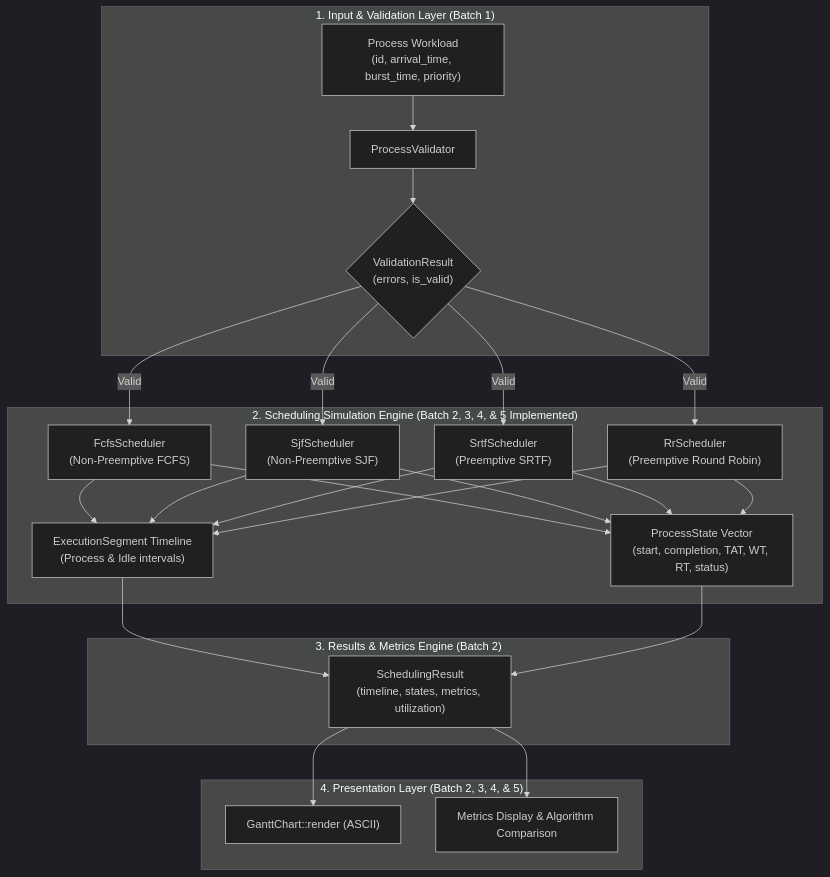
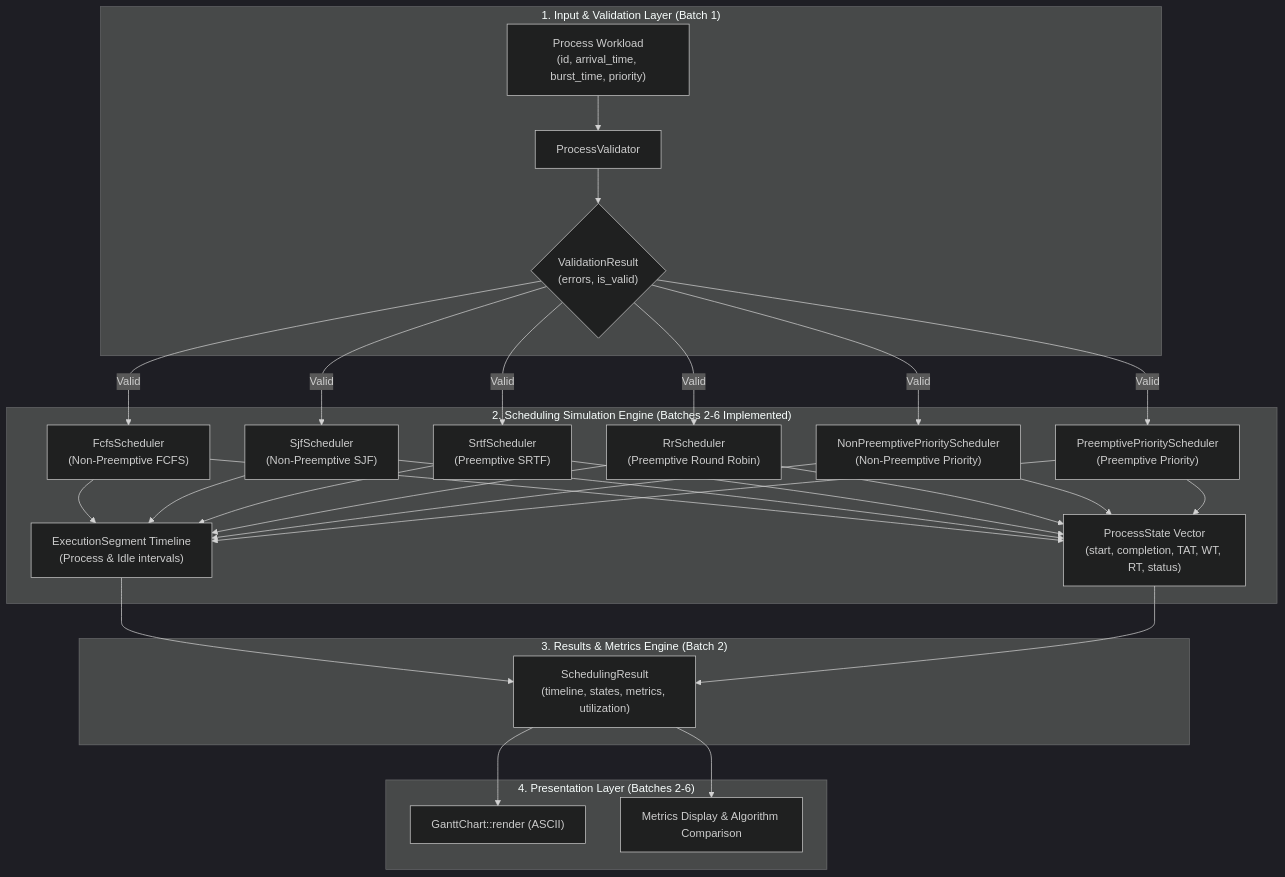
Before and after one commit to ThunderSkull7/cpu-scheduling-simulator: the diagram in docs/ARCHITECTURE.md, drawn with Mermaid (dark theme). The commit also changed other lines of this file and 8 other files, not shown here.

Commit message:
feat: implement preemptive and non-preemptive priority scheduling

````diff
--- a/docs/ARCHITECTURE.md
+++ b/docs/ARCHITECTURE.md
@@ -16,25 +16,27 @@
 ```mermaid
 flowchart TD
     subgraph InputLayer["1. Input & Validation Layer (Batch 1)"]
         RawWorkload["Process Workload\n(id, arrival_time, burst_time, priority)"] --> Validator["ProcessValidator"]
         Validator --> ValidationResult{"ValidationResult\n(errors, is_valid)"}
     end
 
-    subgraph SimulationLayer["2. Scheduling Simulation Engine (Batch 2, 3, 4, & 5 Implemented)"]
+    subgraph SimulationLayer["2. Scheduling Simulation Engine (Batches 2-6 Implemented)"]
         ValidationResult -->|Valid| Fcfs["FcfsScheduler\n(Non-Preemptive FCFS)"]
         ValidationResult -->|Valid| Sjf["SjfScheduler\n(Non-Preemptive SJF)"]
         ValidationResult -->|Valid| Srtf["SrtfScheduler\n(Preemptive SRTF)"]
         ValidationResult -->|Valid| Rr["RrScheduler\n(Preemptive Round Robin)"]
-        Fcfs & Sjf & Srtf & Rr --> ProcessState["ProcessState Vector\n(start, completion, TAT, WT, RT, status)"]
-        Fcfs & Sjf & Srtf & Rr --> Timeline["ExecutionSegment Timeline\n(Process & Idle intervals)"]
+        ValidationResult -->|Valid| NpPrio["NonPreemptivePriorityScheduler\n(Non-Preemptive Priority)"]
+        ValidationResult -->|Valid| PPrio["PreemptivePriorityScheduler\n(Preemptive Priority)"]
+        Fcfs & Sjf & Srtf & Rr & NpPrio & PPrio --> ProcessState["ProcessState Vector\n(start, completion, TAT, WT, RT, status)"]
+        Fcfs & Sjf & Srtf & Rr & NpPrio & PPrio --> Timeline["ExecutionSegment Timeline\n(Process & Idle intervals)"]
     end
 
     subgraph AnalyticsLayer["3. Results & Metrics Engine (Batch 2)"]
         Timeline & ProcessState --> SchedulingResult["SchedulingResult\n(timeline, states, metrics, utilization)"]
     end
 
-    subgraph PresentationLayer["4. Presentation Layer (Batch 2, 3, 4, & 5)"]
+    subgraph PresentationLayer["4. Presentation Layer (Batches 2-6)"]
         SchedulingResult --> GanttChart["GanttChart::render (ASCII)"]
         SchedulingResult --> CliMetrics["Metrics Display & Algorithm Comparison"]
     end
 ```
````
